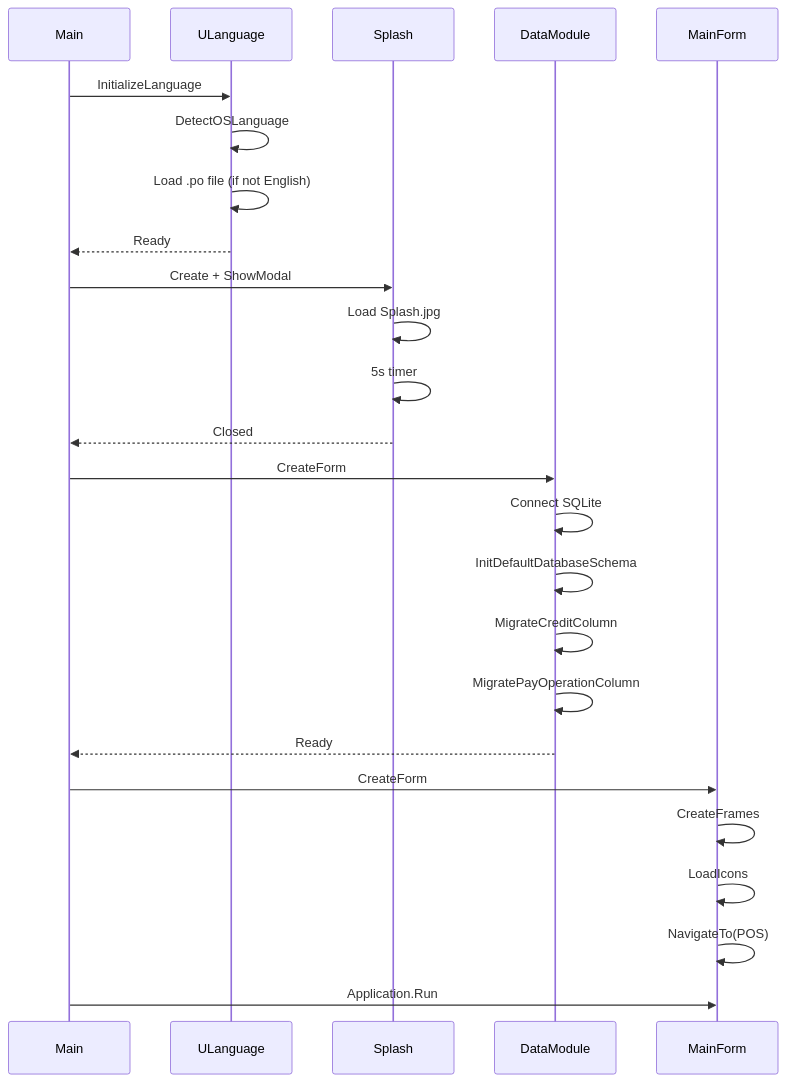
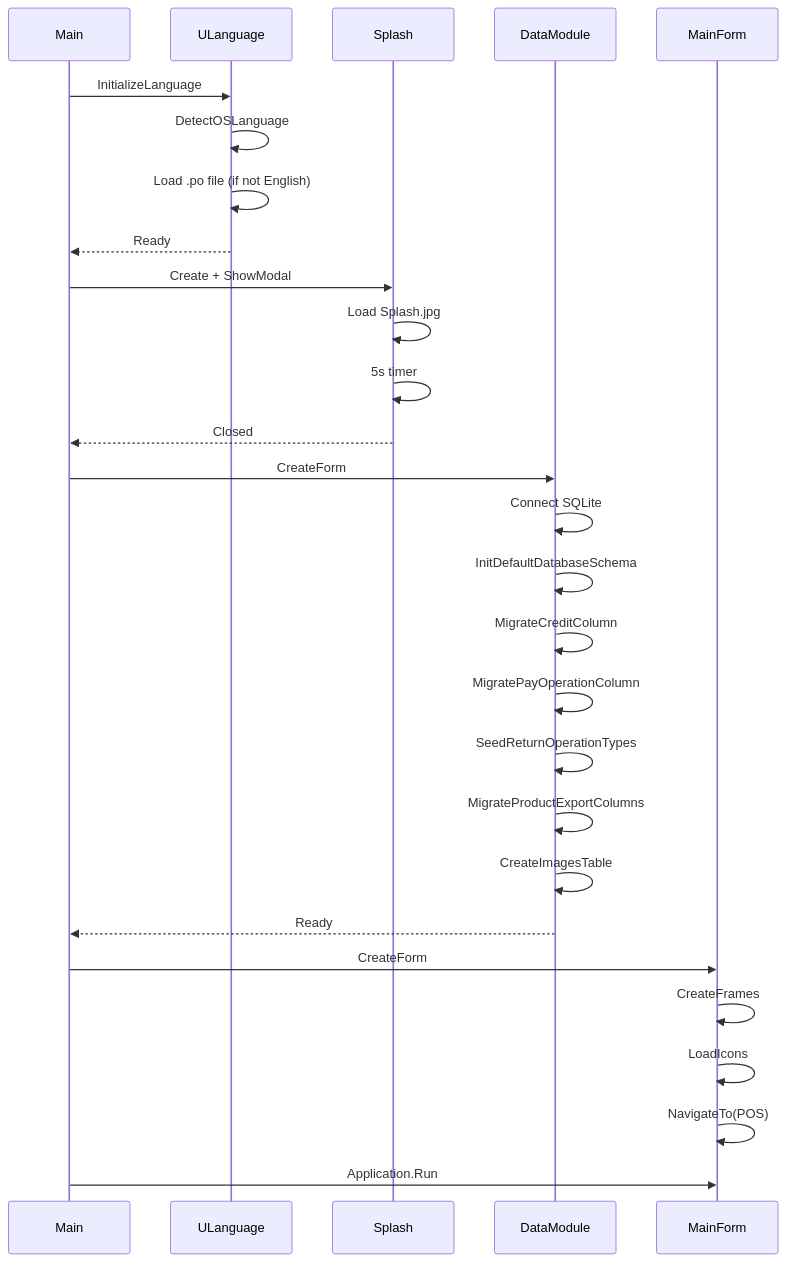
Before and after one commit to icebishop/apotheca-pos: the fifth of 6 diagrams in README.md, drawn with Mermaid. The commit also changed other lines of this file and 88 other files, not shown here.

````diff
--- a/README.md
+++ b/README.md
@@ -311,31 +367,34 @@
 ```mermaid
 sequenceDiagram
     participant M as Main
     participant L as ULanguage
     participant S as Splash
     participant DM as DataModule
     participant F as MainForm
 
     M->>L: InitializeLanguage
     L->>L: DetectOSLanguage
     L->>L: Load .po file (if not English)
     L-->>M: Ready
 
     M->>S: Create + ShowModal
     S->>S: Load Splash.jpg
     S->>S: 5s timer
     S-->>M: Closed
 
     M->>DM: CreateForm
     DM->>DM: Connect SQLite
     DM->>DM: InitDefaultDatabaseSchema
     DM->>DM: MigrateCreditColumn
     DM->>DM: MigratePayOperationColumn
+    DM->>DM: SeedReturnOperationTypes
+    DM->>DM: MigrateProductExportColumns
+    DM->>DM: CreateImagesTable
     DM-->>M: Ready
 
     M->>F: CreateForm
     F->>F: CreateFrames
     F->>F: LoadIcons
     F->>F: NavigateTo(POS)
     M->>F: Application.Run
 ```
````
